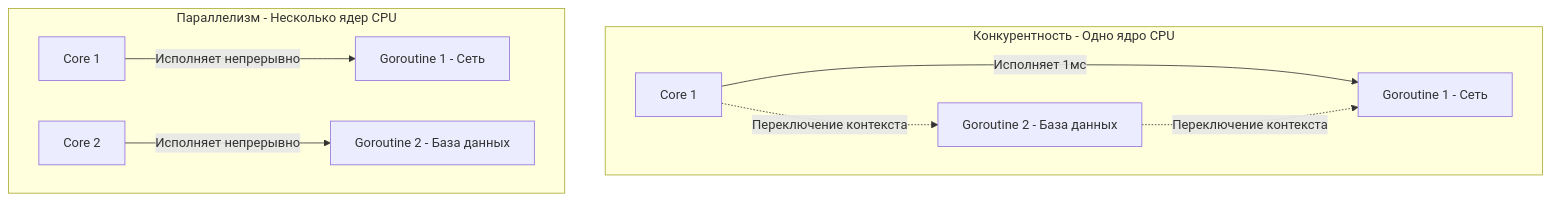
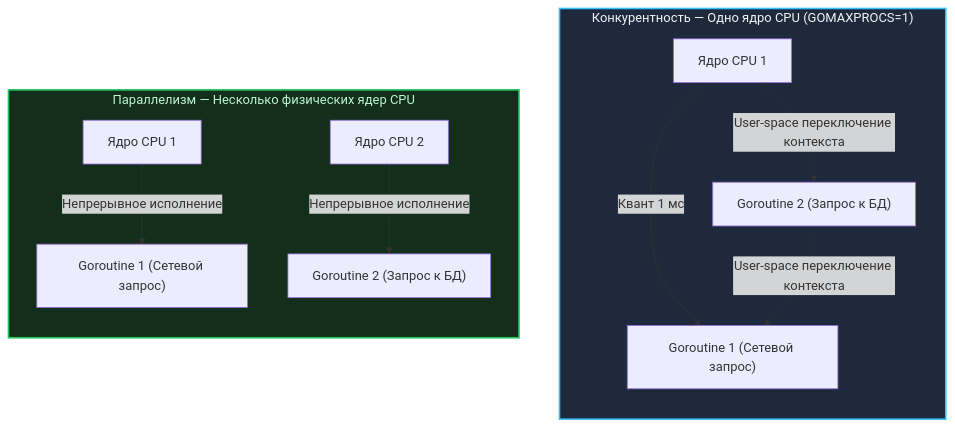
One commit to UnrealTemplier/go-textbook changed the first of 2 diagrams in sources/4. История и философия Go/24. Concurrency Is Not Parallelism. Философия конкурентности в Go.md. Above: the diagram before and after it, drawn with Mermaid. The commit also changed other lines of this file, not shown here.

````diff
--- a/sources/4. История и философия Go/24. Concurrency Is Not Parallelism. Философия конкурентности в Go.md
+++ b/sources/4. История и философия Go/24. Concurrency Is Not Parallelism. Философия конкурентности в Go.md
@@ -19,12 +24,16 @@
 ```mermaid
 flowchart TD
-    subgraph CONCURRENCY ["Конкурентность - Одно ядро CPU"]
-        A["Core 1"] -->|"Исполняет 1мс"| B["Goroutine 1 - Сеть"]
-        A -.->|"Переключение контекста"| C["Goroutine 2 - База данных"]
-        C -.->|"Переключение контекста"| B
+    subgraph CONCURRENCY ["Конкурентность — Одно ядро CPU (GOMAXPROCS=1)"]
+        direction TB
+        A["Ядро CPU 1"] -->|"Квант 1 мс"| B["Goroutine 1 (Сетевой запрос)"]
+        A -.->|"User-space переключение контекста"| C["Goroutine 2 (Запрос к БД)"]
+        C -.->|"User-space переключение контекста"| B
     end
-    subgraph PARALLELISM["Параллелизм - Несколько ядер CPU"]
-        D["Core 1"] -->|"Исполняет непрерывно"| E["Goroutine 1 - Сеть"]
-        F["Core 2"] -->|"Исполняет непрерывно"| G["Goroutine 2 - База данных"]
+    subgraph PARALLELISM ["Параллелизм — Несколько физических ядер CPU"]
+        direction TB
+        D["Ядро CPU 1"] -->|"Непрерывное исполнение"| E["Goroutine 1 (Сетевой запрос)"]
+        F["Ядро CPU 2"] -->|"Непрерывное исполнение"| G["Goroutine 2 (Запрос к БД)"]
     end
+    style CONCURRENCY fill:#1e293b,stroke:#38bdf8,stroke-width:2px,color:#f1f5f9
+    style PARALLELISM fill:#132e1b,stroke:#22c55e,stroke-width:2px,color:#bbf7d0
 ```
````
